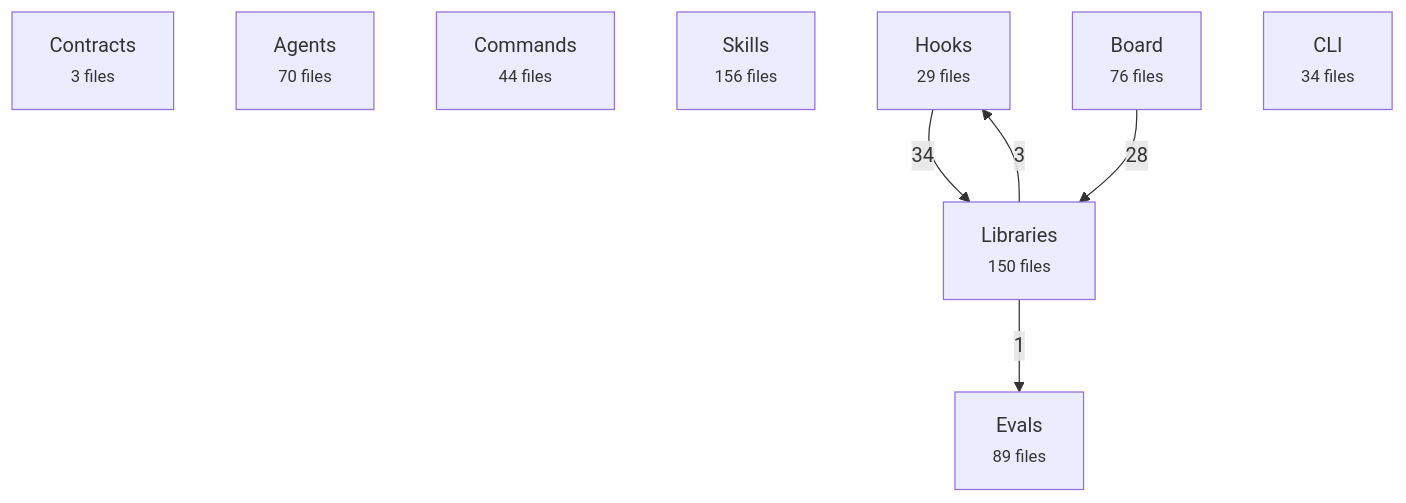
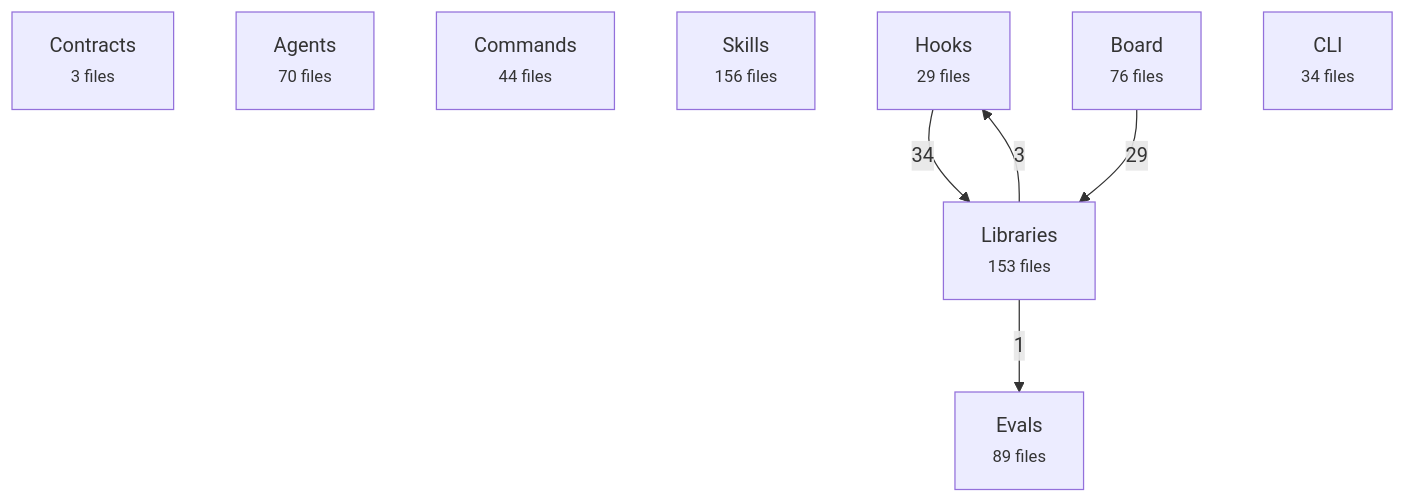
One commit to avelikiy/great_cto changed the first of 2 diagrams in docs/reference/architecture-map.md. Above: the diagram before and after it, drawn with Mermaid. The commit also changed other lines of this file and 14 other files, not shown here.

````diff
--- a/docs/reference/architecture-map.md
+++ b/docs/reference/architecture-map.md
@@ -20,16 +20,16 @@
 ```mermaid
 flowchart TD
   contracts["Contracts<br/><small>3 files</small>"]
   agents["Agents<br/><small>70 files</small>"]
   commands["Commands<br/><small>44 files</small>"]
   skills["Skills<br/><small>156 files</small>"]
   hooks["Hooks<br/><small>29 files</small>"]
-  libs["Libraries<br/><small>150 files</small>"]
+  libs["Libraries<br/><small>153 files</small>"]
   board["Board<br/><small>76 files</small>"]
   cli["CLI<br/><small>34 files</small>"]
   evals["Evals<br/><small>89 files</small>"]
   hooks -->|34| libs
-  board -->|28| libs
+  board -->|29| libs
   libs -->|3| hooks
   libs -->|1| evals
 ```
````
